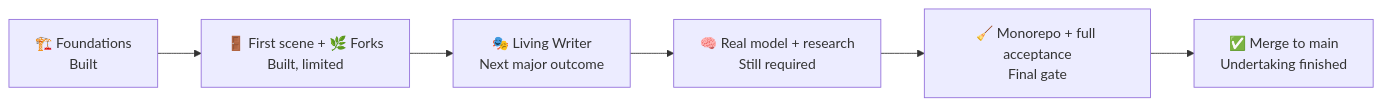
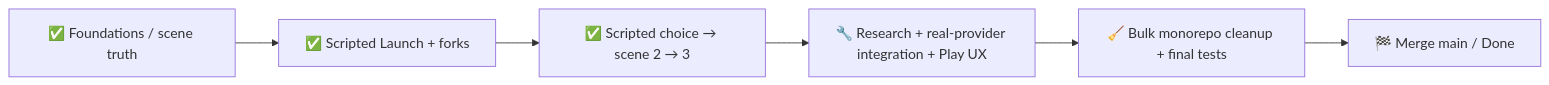
Before and after one commit to DenisSkulovic/offscreen-rpg: the diagram in work/undertakings/storyteller-workshop/OVERVIEW.md, drawn with Mermaid. The commit also changed other lines of this file, not shown here.

````diff
--- a/work/undertakings/storyteller-workshop/OVERVIEW.md
+++ b/work/undertakings/storyteller-workshop/OVERVIEW.md
@@ -27,8 +46,8 @@
 ```mermaid
 flowchart LR
-  A["🏗️ Foundations\nBuilt"] --> B["🚪 First scene + 🌿 Forks\nBuilt, limited"]
-  B --> C["🎭 Living Writer\nNext major outcome"]
-  C --> D["🧠 Real model + research\nStill required"]
-  D --> E["🧹 Monorepo + full acceptance\nFinal gate"]
-  E --> F["✅ Merge to main\nUndertaking finished"]
+  A["✅ Foundations / scene truth"] --> B["✅ Scripted Launch + forks"]
+  B --> C["✅ Scripted choice → scene 2 → 3"]
+  C --> D["🔧 Research + real-provider integration + Play UX"]
+  D --> E["🧹 Bulk monorepo cleanup + final tests"]
+  E --> F["🏁 Merge main / Done"]
 ```
````
